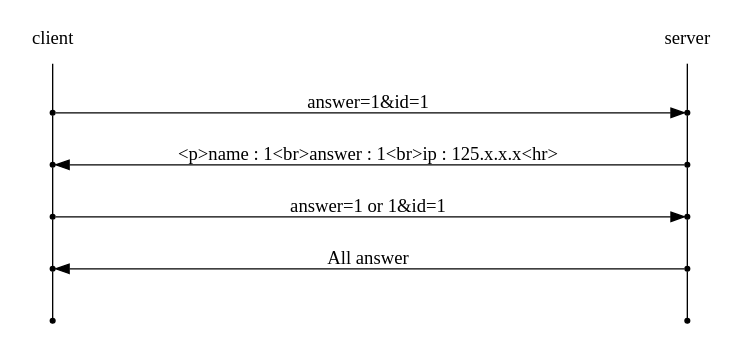
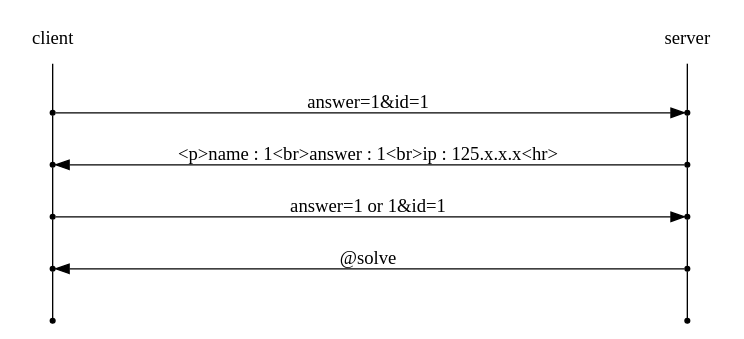
The diagram in docs/web/[webhacking] 03.rst (joizel/ctf_writeup), drawn with Graphviz before and after one commit. The commit also changed other lines of this file and 15 other files, not shown here.

First line of the commit message:
update graphviz

```diff
--- a/docs/web/[webhacking] 03.rst
+++ b/docs/web/[webhacking] 03.rst
@@ -8,23 +8,23 @@
 .. graphviz::
 
     digraph G {
         rankdir="LR";
         node[shape="point"];
         edge[arrowhead="none"]
 
         {
             rank="same";
             "client"[shape="plaintext"];
             "client" -> step0 -> step2 -> step4 -> step6 -> step8;
         }
 
         {
             rank="same";
             "server"[shape="plaintext"];
             "server" -> step1 -> step3 -> step5 -> step7 -> step9;
         }
         step0 -> step1[label="answer=1&id=1",arrowhead="normal"];
         step3 -> step2[label="<p>name : 1<br>answer : 1<br>ip : 125.x.x.x<hr>",arrowhead="normal"];
         step4 -> step5[label="answer=1 or 1&id=1",arrowhead="normal"];
-        step7 -> step6[label="All answer",arrowhead="normal"];
+        step7 -> step6[label="@solve",arrowhead="normal"];
     }
```
